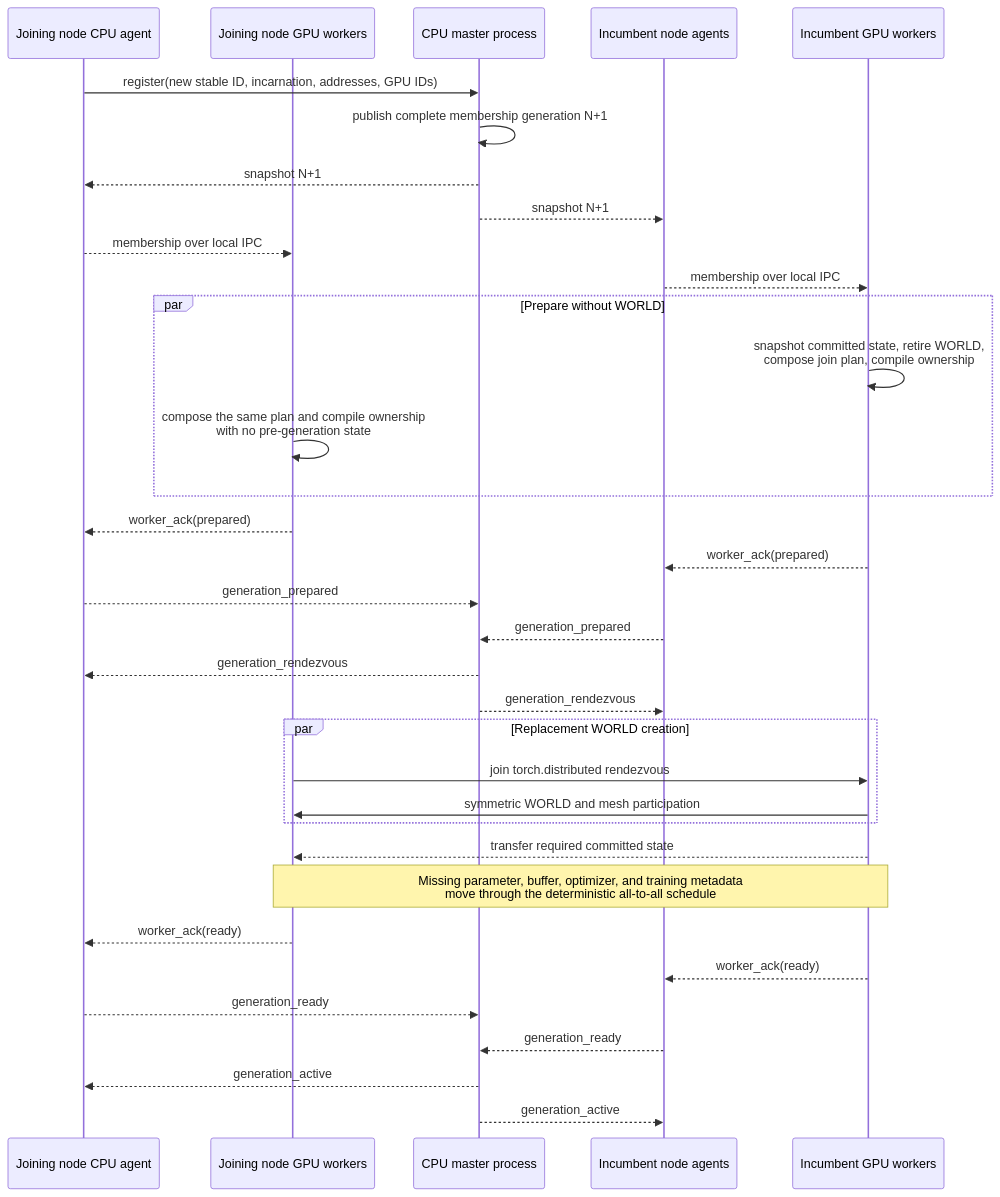
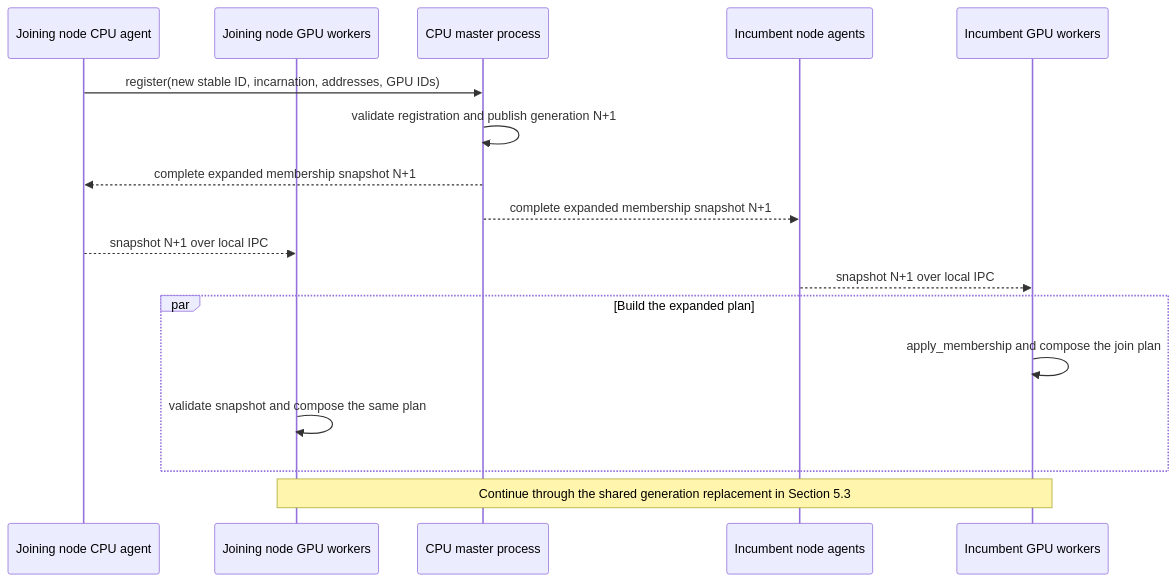
The seventh of 8 diagrams in lifecycle.md (SymbioticLab/Oobleck), drawn with Mermaid before and after one commit. The commit also changed other lines of this file, not shown here.

Commit message:
Restructure membership lifecycle guide

````diff
--- a/lifecycle.md
+++ b/lifecycle.md
@@ -345,37 +359,20 @@
 ```mermaid
 sequenceDiagram
     participant JA as Joining node CPU agent
     participant JW as Joining node GPU workers
     participant M as CPU master process
-    participant SA as Incumbent node agents
-    participant SW as Incumbent GPU workers
+    participant IA as Incumbent node agents
+    participant IW as Incumbent GPU workers
 
     JA->>M: register(new stable ID, incarnation, addresses, GPU IDs)
-    M->>M: publish complete membership generation N+1
-    M-->>JA: snapshot N+1
-    M-->>SA: snapshot N+1
-    JA-->>JW: membership over local IPC
-    SA-->>SW: membership over local IPC
-    par Prepare without WORLD
-        SW->>SW: snapshot committed state, retire WORLD,<br/>compose join plan, compile ownership
-        JW->>JW: compose the same plan and compile ownership<br/>with no pre-generation state
+    M->>M: validate registration and publish generation N+1
+    M-->>JA: complete expanded membership snapshot N+1
+    M-->>IA: complete expanded membership snapshot N+1
+    JA-->>JW: snapshot N+1 over local IPC
+    IA-->>IW: snapshot N+1 over local IPC
+    par Build the expanded plan
+        IW->>IW: apply_membership and compose the join plan
+        JW->>JW: validate snapshot and compose the same plan
     end
-    JW-->>JA: worker_ack(prepared)
-    SW-->>SA: worker_ack(prepared)
-    JA-->>M: generation_prepared
-    SA-->>M: generation_prepared
-    M-->>JA: generation_rendezvous
-    M-->>SA: generation_rendezvous
-    par Replacement WORLD creation
-        JW->>SW: join torch.distributed rendezvous
-        SW->>JW: symmetric WORLD and mesh participation
-    end
-    SW-->>JW: transfer required committed state
-    Note over SW,JW: Missing parameter, buffer, optimizer, and training metadata<br/>move through the deterministic all-to-all schedule
-    JW-->>JA: worker_ack(ready)
-    SW-->>SA: worker_ack(ready)
-    JA-->>M: generation_ready
-    SA-->>M: generation_ready
-    M-->>JA: generation_active
-    M-->>SA: generation_active
+    Note over JW,IW: Continue through the shared generation replacement in Section 5.3
 ```
````
